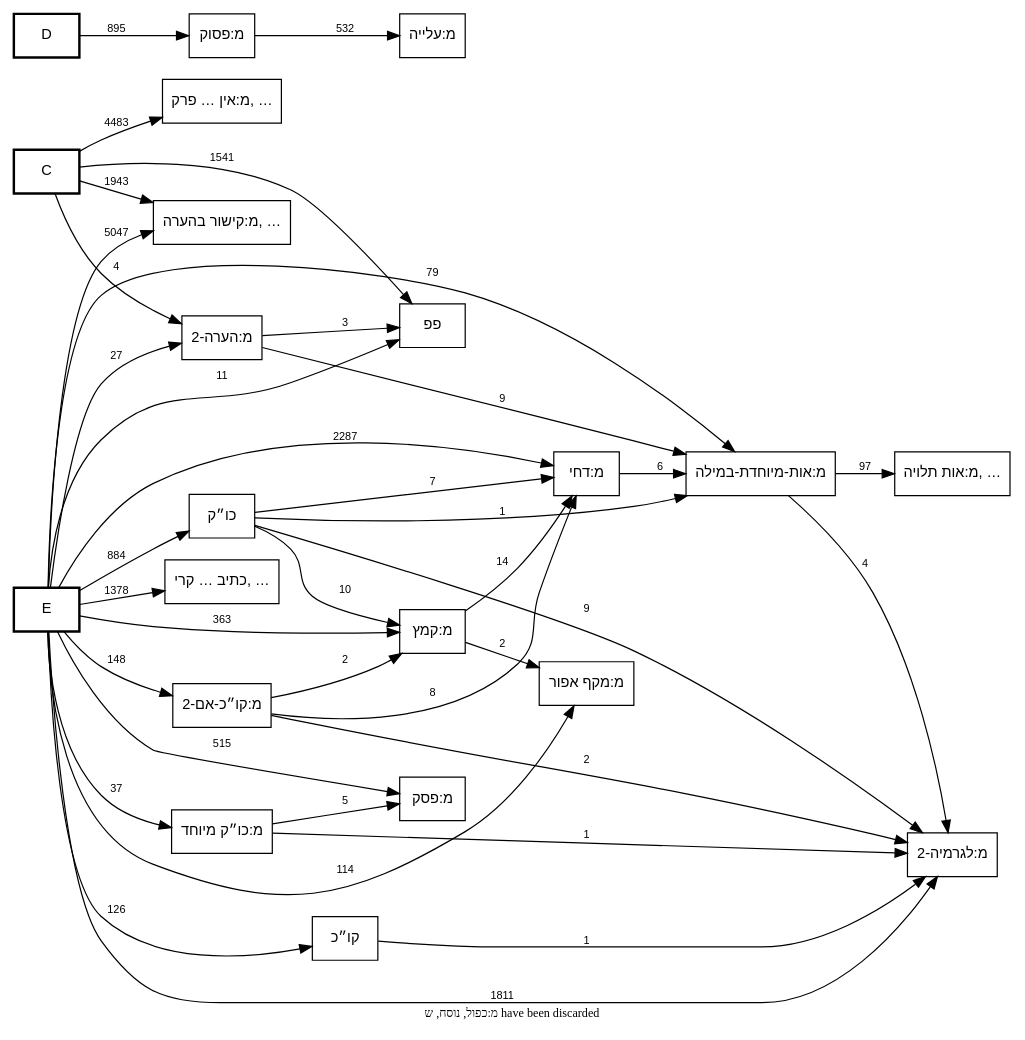
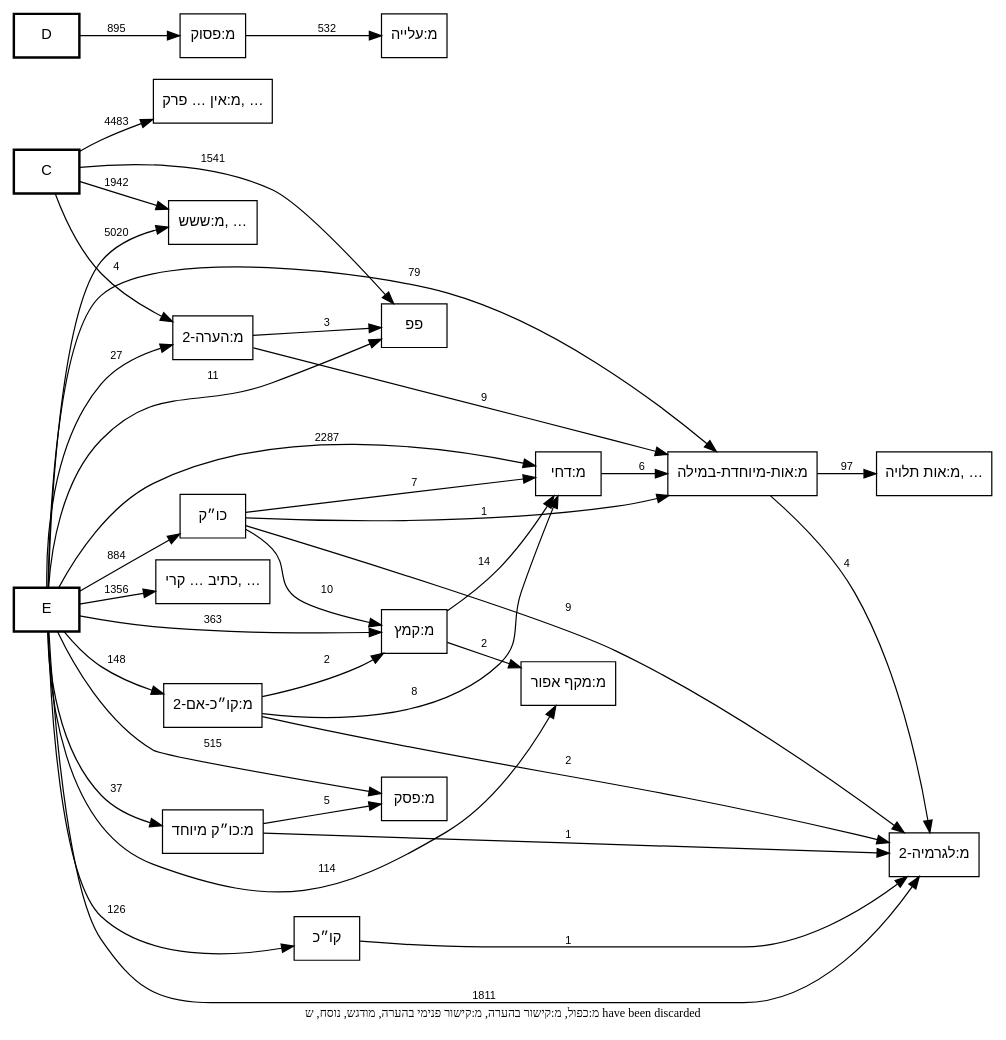
The diagram in out/MAM-tmpl-survey/plus-call-graph.dot (bdenckla/MAM-basics), drawn with Graphviz before and after one commit. The commit also changed 5 other files, not shown here.

First line of the commit message:
Refine template-survey graph pruning to strict נוסח arg2-only leaf templates

```diff
--- a/out/MAM-tmpl-survey/plus-call-graph.dot
+++ b/out/MAM-tmpl-survey/plus-call-graph.dot
@@ -1,81 +1,78 @@
 digraph template_call_graph {
     rankdir=LR;
     node [fontname="SBL Hebrew,Helvetica", fontsize=12];
     edge [fontname="Helvetica", fontsize=9];
 
     // Column nodes
     node [shape=box, style=bold];
     "C";
     "D";
     "E";
 
     // Template nodes
     node [shape=box, style=""];
     "כתיב … קרי, …" [tooltip="כתיב ולא קרי
 מ:נו״ן הפוכה
 מ:צינור
-מ:קישור פנימי בהערה
-מודגש
 קרי ולא כתיב
 ר0
 ר2
 ר3"];
     "מ:אות תלויה, …" [tooltip="מ:אות תלויה
 מ:אות-ג
 מ:אות-ק"];
     "מ:אין … פרק, …" [tooltip="מ:אין פרשה בתחילת פרק
 מ:אין פרשה בתחילת פרק בספרי אמ״ת
 מ:אין רווח של פרשה בתחילת פרשת השבוע
 מ:ספר חדש
 מ:רווח בתרי עשר בפסוק הראשון
 מ:רווח לספר בתהלים בפסוק הראשון
 ר4"];
-    "מ:קישור בהערה, …" [tooltip="מ:קישור בהערה
-מ:ששש
+    "מ:ששש, …" [tooltip="מ:ששש
 סס
 ססס
 פפפ
 ר1"];
 
     // Note
-    graph [label="מ:כפול, נוסח, ש have been discarded", labelloc=b, fontsize=10];
+    graph [label="מ:כפול, מ:קישור בהערה, מ:קישור פנימי בהערה, מודגש, נוסח, ש have been discarded", labelloc=b, fontsize=10];
 
     // Edges
     "C" -> "מ:אין … פרק, …" [label="4483"];
     "C" -> "מ:הערה-2" [label="4"];
-    "C" -> "מ:קישור בהערה, …" [label="1943"];
+    "C" -> "מ:ששש, …" [label="1942"];
     "C" -> "פפ" [label="1541"];
     "D" -> "מ:פסוק" [label="895"];
     "E" -> "כו״ק" [label="884"];
-    "E" -> "כתיב … קרי, …" [label="1378"];
+    "E" -> "כתיב … קרי, …" [label="1356"];
     "E" -> "מ:אות-מיוחדת-במילה" [label="79"];
     "E" -> "מ:דחי" [label="2287"];
     "E" -> "מ:הערה-2" [label="27"];
     "E" -> "מ:כו״ק מיוחד" [label="37"];
     "E" -> "מ:לגרמיה-2" [label="1811"];
     "E" -> "מ:מקף אפור" [label="114"];
     "E" -> "מ:פסק" [label="515"];
     "E" -> "מ:קו״כ-אם-2" [label="148"];
-    "E" -> "מ:קישור בהערה, …" [label="5047"];
     "E" -> "מ:קמץ" [label="363"];
+    "E" -> "מ:ששש, …" [label="5020"];
     "E" -> "פפ" [label="11"];
     "E" -> "קו״כ" [label="126"];
     "כו״ק" -> "מ:אות-מיוחדת-במילה" [label="1"];
     "כו״ק" -> "מ:דחי" [label="7"];
     "כו״ק" -> "מ:לגרמיה-2" [label="9"];
     "כו״ק" -> "מ:קמץ" [label="10"];
     "מ:אות-מיוחדת-במילה" -> "מ:אות תלויה, …" [label="97"];
     "מ:אות-מיוחדת-במילה" -> "מ:לגרמיה-2" [label="4"];
     "מ:דחי" -> "מ:אות-מיוחדת-במילה" [label="6"];
     "מ:הערה-2" -> "מ:אות-מיוחדת-במילה" [label="9"];
     "מ:הערה-2" -> "פפ" [label="3"];
     "מ:כו״ק מיוחד" -> "מ:לגרמיה-2" [label="1"];
     "מ:כו״ק מיוחד" -> "מ:פסק" [label="5"];
     "מ:פסוק" -> "מ:עלייה" [label="532"];
     "מ:קו״כ-אם-2" -> "מ:דחי" [label="8"];
     "מ:קו״כ-אם-2" -> "מ:לגרמיה-2" [label="2"];
     "מ:קו״כ-אם-2" -> "מ:קמץ" [label="2"];
     "מ:קמץ" -> "מ:דחי" [label="14"];
     "מ:קמץ" -> "מ:מקף אפור" [label="2"];
     "קו״כ" -> "מ:לגרמיה-2" [label="1"];
 }
```
